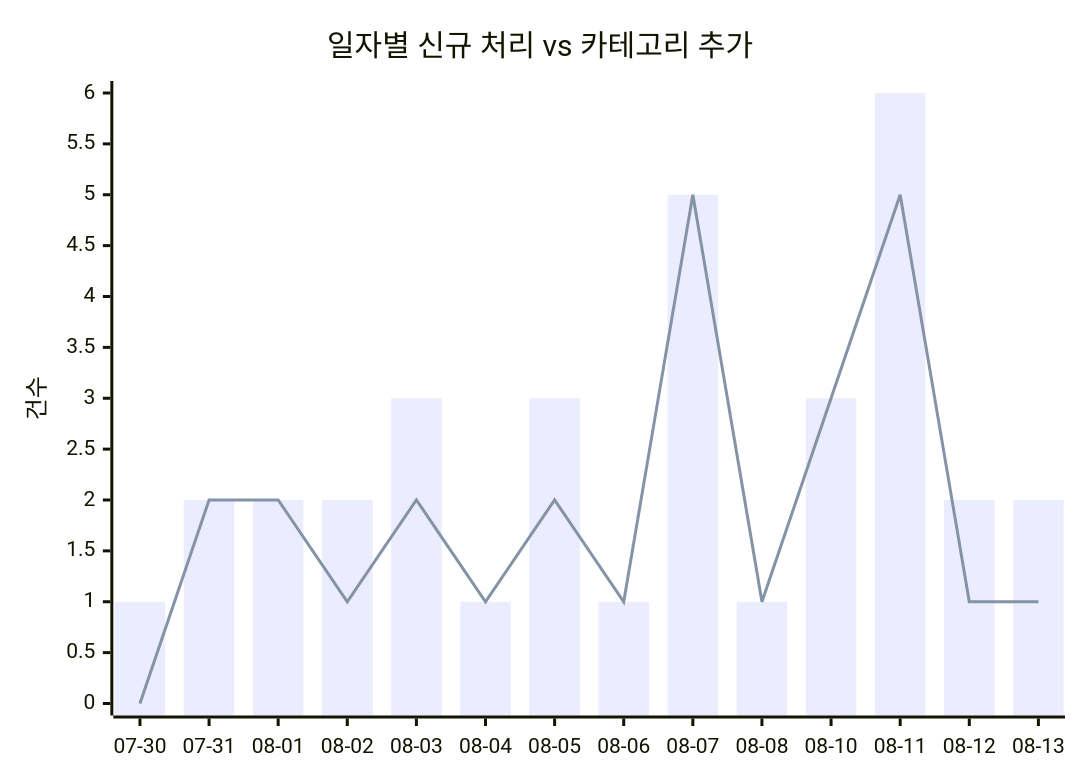
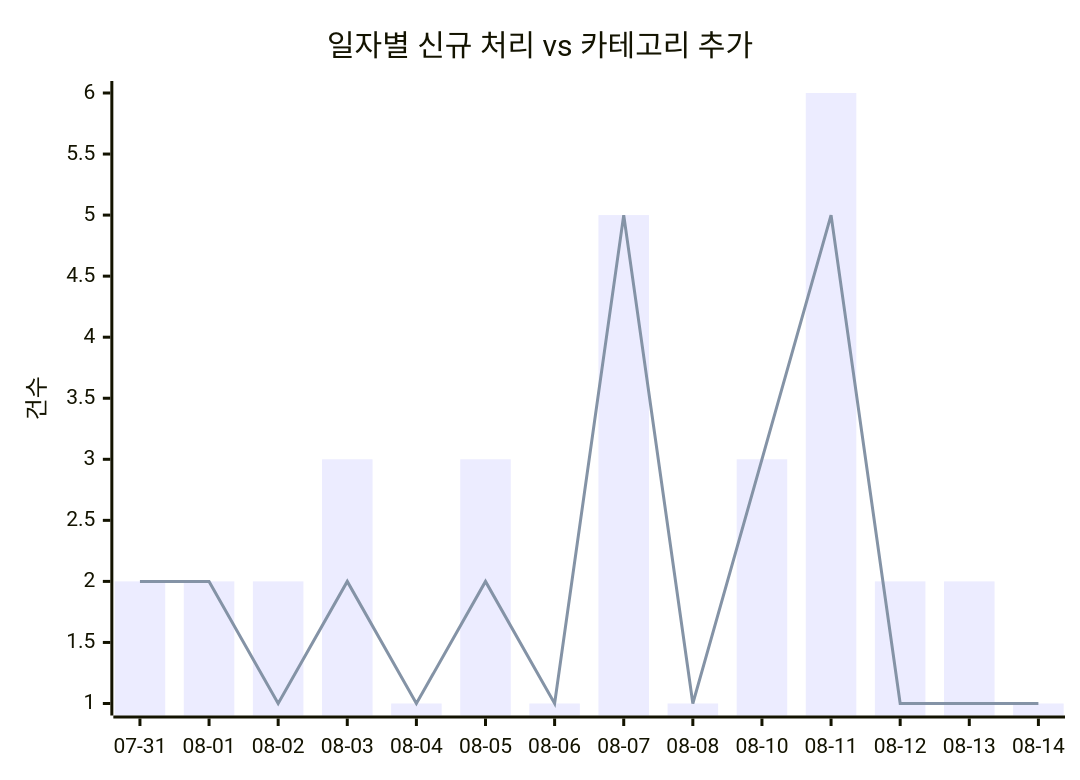
One commit to J-nowcow/awesome-korean-agent-skills changed the first of 2 diagrams in docs/trends.md. Above: the diagram before and after it, drawn with Mermaid. The commit also changed other lines of this file and 4 other files, not shown here.

````diff
--- a/docs/trends.md
+++ b/docs/trends.md
@@ -32,8 +32,8 @@
 ```mermaid
 xychart-beta
     title "일자별 신규 처리 vs 카테고리 추가"
-    x-axis ["07-30","07-31","08-01","08-02","08-03","08-04","08-05","08-06","08-07","08-08","08-10","08-11","08-12","08-13"]
+    x-axis ["07-31","08-01","08-02","08-03","08-04","08-05","08-06","08-07","08-08","08-10","08-11","08-12","08-13","08-14"]
     y-axis "건수"
-    bar [1,2,2,2,3,1,3,1,5,1,3,6,2,2]
-    line [0,2,2,1,2,1,2,1,5,1,3,5,1,1]
+    bar [2,2,2,3,1,3,1,5,1,3,6,2,2,1]
+    line [2,2,1,2,1,2,1,5,1,3,5,1,1,1]
 ```
````
